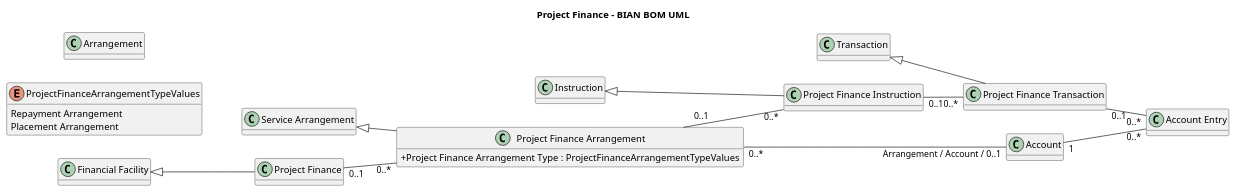
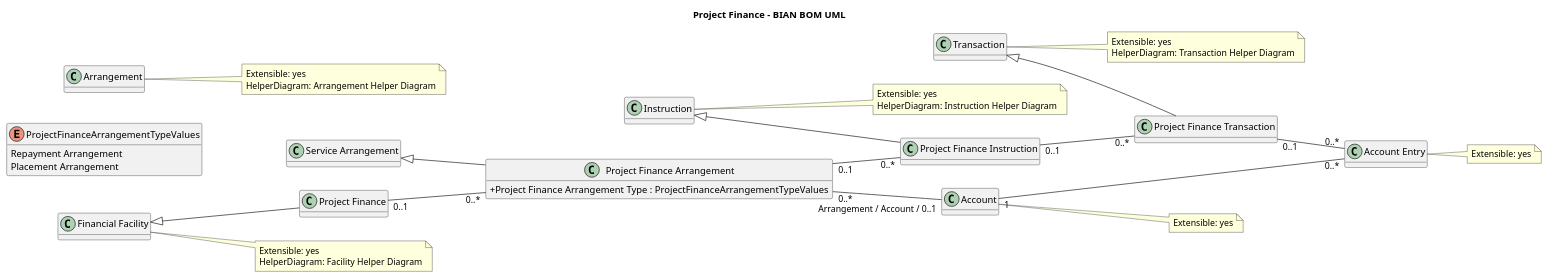
Before and after one commit to aaguerram/generacion_contrato_bian: the diagram in docs/bian-puml/project-finance.puml, drawn with PlantUML. The commit also changed 257 other files, not shown here.

First line of the commit message:
Anota BQ, AssetType, ControlRecord, GenericArtifact, HelperDiagram, BOMDiagram y Extensible en los .puml a partir del .svg fuente

```diff
--- a/docs/bian-puml/project-finance.puml
+++ b/docs/bian-puml/project-finance.puml
@@ -1,63 +1,100 @@
 @startuml
 title Project Finance - BIAN BOM UML
 ' Generated from BIAN diagram for machine-readable context
 ' Service Domain: Project Finance
 ' Source image: project-finance-bom-uml.svg
 ' BIAN source: https://bian.org/servicelandscape-14-0-0/views/view_52693.html
 ' Extraction: SVG semantic extraction
+' Annotation legend (notes linked to a class via an SVG connector line/geometry):
+'   Extensible: yes/no      -> from the class box border color in the SVG:
+'                              red border only (fill #eae8e8 / stroke #c47474) = yes,
+'                              this class's attributes MAY be pulled into this
+'                              diagram from its owning Service Domain if needed;
+'                              fully red (fill #ff8080 / stroke #d91616) = no,
+'                              extending it is not allowed. Absent = plain
+'                              class (fill #ffffff / stroke #d9d9d9), not part
+'                              of this distinction.
+'   BQ: <name>              -> Behavior Qualifier note linked to this class
+'   AssetType: <name>       -> AssetType note linked to this class
+'   ControlRecord: <name>   -> ControlRecord note linked to this class
+'   GenericArtifact: <name> -> GenericArtifact note linked to this class
+'   HelperDiagram: <name>   -> local BOM helper-diagram box named "<Class> Helper Diagram"
+'   BOMDiagram: <name>      -> cross-service-domain BOM diagram box named "<Class> BOM Diagram"
 hide methods
 skinparam classAttributeIconSize 0
 left to right direction
 
 class "Project Finance" as N207539 {
 }
 
 class "Project Finance Arrangement" as N207537 {
   + Project Finance Arrangement Type : ProjectFinanceArrangementTypeValues
 }
 
 class "Project Finance Instruction" as N207588 {
 }
 
 class "Project Finance Transaction" as N207582 {
 }
 
 class "Financial Facility" as N207591 {
 }
+note right of N207591
+  Extensible: yes
+  HelperDiagram: Facility Helper Diagram
+end note
 
 class "Service Arrangement" as N207602 {
 }
 
 enum "ProjectFinanceArrangementTypeValues" as N207571 {
   Repayment Arrangement
   Placement Arrangement
   Special Purpose Vehicle (SPV) Arrangement
 }
 
 class "Arrangement" as N207594 {
 }
+note right of N207594
+  Extensible: yes
+  HelperDiagram: Arrangement Helper Diagram
+end note
 
 class "Account Entry" as N207608 {
 }
+note right of N207608
+  Extensible: yes
+end note
 
 class "Instruction" as N207579 {
 }
+note right of N207579
+  Extensible: yes
+  HelperDiagram: Instruction Helper Diagram
+end note
 
 class "Account" as N207551 {
 }
+note right of N207551
+  Extensible: yes
+end note
 
 class "Transaction" as N207615 {
 }
+note right of N207615
+  Extensible: yes
+  HelperDiagram: Transaction Helper Diagram
+end note
 
 ' Relationships
 N207539 "0..1" -- "0..*" N207537
 N207591 <|-- N207539
 N207537 "0..1" -- "0..*" N207588
 N207588 "0..1" -- "0..*" N207582
 N207602 <|-- N207537
 N207615 <|-- N207582
 N207579 <|-- N207588
 N207537 "0..*" -- "Arrangement / Account / 0..1" N207551
 N207551 "1" -- "0..*" N207608
 N207582 "0..1" -- "0..*" N207608
 @enduml
```
